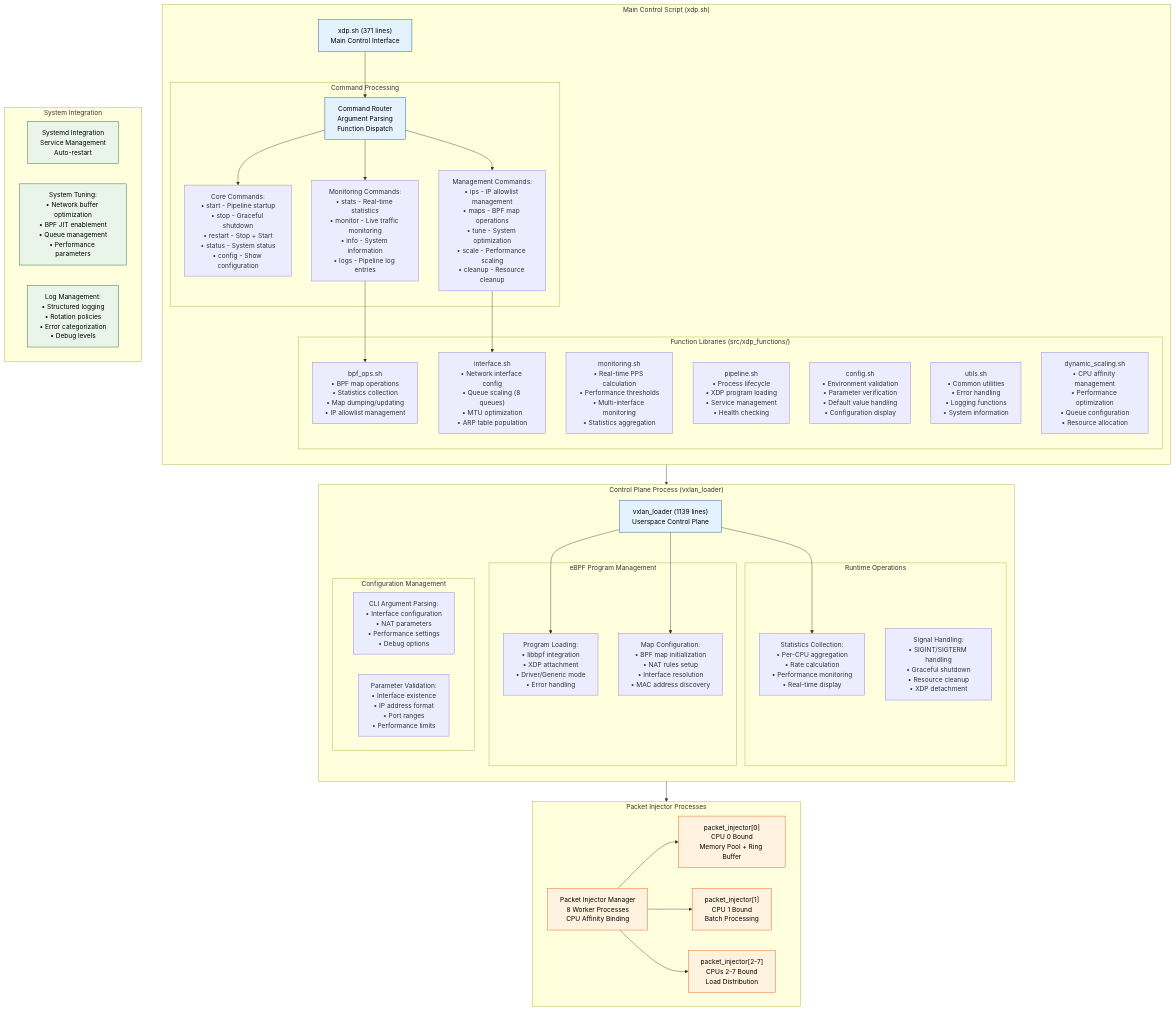
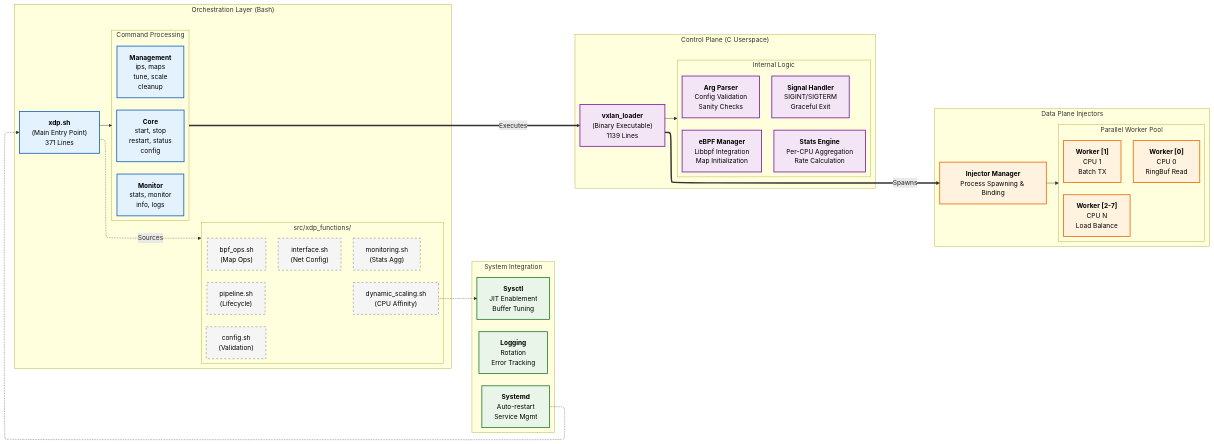
Before and after one commit to anil-sn/udp_ebpf: the fifth of 17 diagrams in TECHNICAL_REPORT.md, drawn with Mermaid. The commit also changed other lines of this file and 1 other file, not shown here.

Commit message:
Update Target Interface

````diff
--- a/TECHNICAL_REPORT.md
+++ b/TECHNICAL_REPORT.md
@@ -470,104 +650,95 @@
 ```mermaid
-graph TB
-    subgraph "Main Control Script (xdp.sh)"
-        direction TB
-        
-        XDP_SH["xdp.sh (371 lines)<br/>Main Control Interface"]
-        
-        subgraph "Command Processing"
-            CMD_ROUTER["Command Router<br/>Argument Parsing<br/>Function Dispatch"]
-            
-            CORE_CMDS["Core Commands:<br/>• start - Pipeline startup<br/>• stop - Graceful shutdown<br/>• restart - Stop + Start<br/>• status - System status<br/>• config - Show configuration"]
-            
-            MONITOR_CMDS["Monitoring Commands:<br/>• stats - Real-time statistics<br/>• monitor - Live traffic monitoring<br/>• info - System information<br/>• logs - Pipeline log entries"]
-            
-            MGMT_CMDS["Management Commands:<br/>• ips - IP allowlist management<br/>• maps - BPF map operations<br/>• tune - System optimization<br/>• scale - Performance scaling<br/>• cleanup - Resource cleanup"]
-        end
-        
-        subgraph "Function Libraries (src/xdp_functions/)"
-            BPF_OPS["bpf_ops.sh<br/>• BPF map operations<br/>• Statistics collection<br/>• Map dumping/updating<br/>• IP allowlist management"]
-            
-            INTERFACE_SH["interface.sh<br/>• Network interface config<br/>• Queue scaling (8 queues)<br/>• MTU optimization<br/>• ARP table population"]
-            
-            MONITORING_SH["monitoring.sh<br/>• Real-time PPS calculation<br/>• Performance thresholds<br/>• Multi-interface monitoring<br/>• Statistics aggregation"]
-            
-            PIPELINE_SH["pipeline.sh<br/>• Process lifecycle<br/>• XDP program loading<br/>• Service management<br/>• Health checking"]
-            
-            CONFIG_SH["config.sh<br/>• Environment validation<br/>• Parameter verification<br/>• Default value handling<br/>• Configuration display"]
-            
-            UTILS_SH["utils.sh<br/>• Common utilities<br/>• Error handling<br/>• Logging functions<br/>• System information"]
-            
-            SCALING_SH["dynamic_scaling.sh<br/>• CPU affinity management<br/>• Performance optimization<br/>• Queue configuration<br/>• Resource allocation"]
-        end
-    end
-    
-    subgraph "Control Plane Process (vxlan_loader)"
-        direction TB
-        
-        VXLAN_LOADER["vxlan_loader (1139 lines)<br/>Userspace Control Plane"]
-        
-        subgraph "eBPF Program Management"
-            PROG_LOAD["Program Loading:<br/>• libbpf integration<br/>• XDP attachment<br/>• Driver/Generic mode<br/>• Error handling"]
-            
-            MAP_CONFIG["Map Configuration:<br/>• BPF map initialization<br/>• NAT rules setup<br/>• Interface resolution<br/>• MAC address discovery"]
-        end
-        
-        subgraph "Runtime Operations"
-            STATS_COLLECT["Statistics Collection:<br/>• Per-CPU aggregation<br/>• Rate calculation<br/>• Performance monitoring<br/>• Real-time display"]
-            
-            SIGNAL_HANDLE["Signal Handling:<br/>• SIGINT/SIGTERM handling<br/>• Graceful shutdown<br/>• Resource cleanup<br/>• XDP detachment"]
-        end
-        
-        subgraph "Configuration Management"
-            CLI_PARSE["CLI Argument Parsing:<br/>• Interface configuration<br/>• NAT parameters<br/>• Performance settings<br/>• Debug options"]
-            
-            VALIDATION["Parameter Validation:<br/>• Interface existence<br/>• IP address format<br/>• Port ranges<br/>• Performance limits"]
-        end
-    end
-    
-    subgraph "Packet Injector Processes"
-        direction LR
-        
-        INJECTOR_MGR["Packet Injector Manager<br/>8 Worker Processes<br/>CPU Affinity Binding"]
-        
-        INJECTOR_0["packet_injector[0]<br/>CPU 0 Bound<br/>Memory Pool + Ring Buffer"]
-        INJECTOR_1["packet_injector[1]<br/>CPU 1 Bound<br/>Batch Processing"]
-        INJECTOR_N["packet_injector[2-7]<br/>CPUs 2-7 Bound<br/>Load Distribution"]
-    end
-    
-    subgraph "System Integration"
-        SYSTEMD["Systemd Integration<br/>Service Management<br/>Auto-restart"]
-        
-        SYSCTL["System Tuning:<br/>• Network buffer optimization<br/>• BPF JIT enablement<br/>• Queue management<br/>• Performance parameters"]
-        
-        LOG_MGMT["Log Management:<br/>• Structured logging<br/>• Rotation policies<br/>• Error categorization<br/>• Debug levels"]
-    end
-    
-    %% Control Flow
-    XDP_SH --> CMD_ROUTER
-    CMD_ROUTER --> CORE_CMDS
-    CMD_ROUTER --> MONITOR_CMDS
-    CMD_ROUTER --> MGMT_CMDS
-    
-    CORE_CMDS --> VXLAN_LOADER
-    MONITOR_CMDS --> BPF_OPS
-    MGMT_CMDS --> INTERFACE_SH
-    
-    VXLAN_LOADER --> PROG_LOAD
-    VXLAN_LOADER --> MAP_CONFIG
-    VXLAN_LOADER --> STATS_COLLECT
-    
-    VXLAN_LOADER --> INJECTOR_MGR
-    INJECTOR_MGR --> INJECTOR_0
-    INJECTOR_MGR --> INJECTOR_1
-    INJECTOR_MGR --> INJECTOR_N
-    
-    %% Styling
-    classDef control fill:#e3f2fd,stroke:#0d47a1,color:black
-    classDef process fill:#fff3e0,stroke:#e65100,color:black
-    classDef system fill:#e8f5e8,stroke:#1b5e20,color:black
-    
-    class XDP_SH,CMD_ROUTER,VXLAN_LOADER control
-    class INJECTOR_MGR,INJECTOR_0,INJECTOR_1,INJECTOR_N process
-    class SYSTEMD,SYSCTL,LOG_MGMT system
+---
+config:
+  layout: elk
+---
+flowchart LR
+ subgraph Cmd_Groups["Command Processing"]
+    direction LR
+        CMD_CORE["<b>Core</b><br>start, stop<br>restart, status<br>config"]
+        CMD_MON["<b>Monitor</b><br>stats, monitor<br>info, logs"]
+        CMD_MGMT["<b>Management</b><br>ips, maps<br>tune, scale<br>cleanup"]
+  end
+ subgraph Libraries["src/xdp_functions/"]
+    direction TB
+        LIB_OPS["bpf_ops.sh<br>(Map Ops)"]
+        LIB_NET["interface.sh<br>(Net Config)"]
+        LIB_MON["monitoring.sh<br>(Stats Agg)"]
+        LIB_PIPE["pipeline.sh<br>(Lifecycle)"]
+        LIB_CFG["config.sh<br>(Validation)"]
+        LIB_SCL["dynamic_scaling.sh<br>(CPU Affinity)"]
+  end
+ subgraph Orchestration["Orchestration Layer (Bash)"]
+    direction TB
+        XDP_SH["<b>xdp.sh</b><br>(Main Entry Point)<br>371 Lines"]
+        Cmd_Groups
+        Libraries
+  end
+ subgraph Internal_Modules["Internal Logic"]
+    direction LR
+        MOD_BPF["<b>eBPF Manager</b><br>Libbpf Integration<br>Map Initialization"]
+        MOD_SIG["<b>Signal Handler</b><br>SIGINT/SIGTERM<br>Graceful Exit"]
+        MOD_CLI["<b>Arg Parser</b><br>Config Validation<br>Sanity Checks"]
+        MOD_STAT["<b>Stats Engine</b><br>Per-CPU Aggregation<br>Rate Calculation"]
+  end
+ subgraph Control_Plane["Control Plane (C Userspace)"]
+    direction TB
+        VXLAN_LOADER["<b>vxlan_loader</b><br>(Binary Executable)<br>1139 Lines"]
+        Internal_Modules
+  end
+ subgraph Workers["Parallel Worker Pool"]
+    direction LR
+        W0["<b>Worker [0]</b><br>CPU 0<br>RingBuf Read"]
+        W1["<b>Worker [1]</b><br>CPU 1<br>Batch TX"]
+        WN["<b>Worker [2-7]</b><br>CPU N<br>Load Balance"]
+  end
+ subgraph Execution["Data Plane Injectors"]
+    direction TB
+        MGR["<b>Injector Manager</b><br>Process Spawning &amp; Binding"]
+        Workers
+  end
+ subgraph System["System Integration"]
+    direction LR
+        SYS_SVC["<b>Systemd</b><br>Auto-restart<br>Service Mgmt"]
+        SYS_TUNE["<b>Sysctl</b><br>JIT Enablement<br>Buffer Tuning"]
+        SYS_LOG["<b>Logging</b><br>Rotation<br>Error Tracking"]
+  end
+    LIB_OPS ~~~ LIB_NET
+    LIB_NET ~~~ LIB_MON
+    XDP_SH --> Cmd_Groups
+    XDP_SH -. Sources .-> Libraries
+    VXLAN_LOADER --> Internal_Modules
+    MGR --> Workers
+    Cmd_Groups == Executes ==> VXLAN_LOADER
+    VXLAN_LOADER == Spawns ==> MGR
+    SYS_SVC -.-> XDP_SH
+    LIB_SCL -.-> SYS_TUNE
+
+     CMD_CORE:::shell
+     CMD_MON:::shell
+     CMD_MGMT:::shell
+     LIB_OPS:::lib
+     LIB_NET:::lib
+     LIB_MON:::lib
+     LIB_PIPE:::lib
+     LIB_CFG:::lib
+     LIB_SCL:::lib
+     XDP_SH:::shell
+     MOD_BPF:::binary
+     MOD_SIG:::binary
+     MOD_CLI:::binary
+     MOD_STAT:::binary
+     VXLAN_LOADER:::binary
+     W0:::worker
+     W1:::worker
+     WN:::worker
+     MGR:::worker
+     SYS_SVC:::system
+     SYS_TUNE:::system
+     SYS_LOG:::system
+    classDef shell fill:#E3F2FD,stroke:#1565C0,stroke-width:2px,color:black
+    classDef binary fill:#F3E5F5,stroke:#7B1FA2,stroke-width:2px,color:black
+    classDef worker fill:#FFF3E0,stroke:#EF6C00,stroke-width:2px,color:black
+    classDef lib fill:#F5F5F5,stroke:#616161,stroke-width:1px,stroke-dasharray: 5 5,color:black
+    classDef system fill:#E8F5E8,stroke:#2E7D32,stroke-width:2px,color:black
 ```
````
